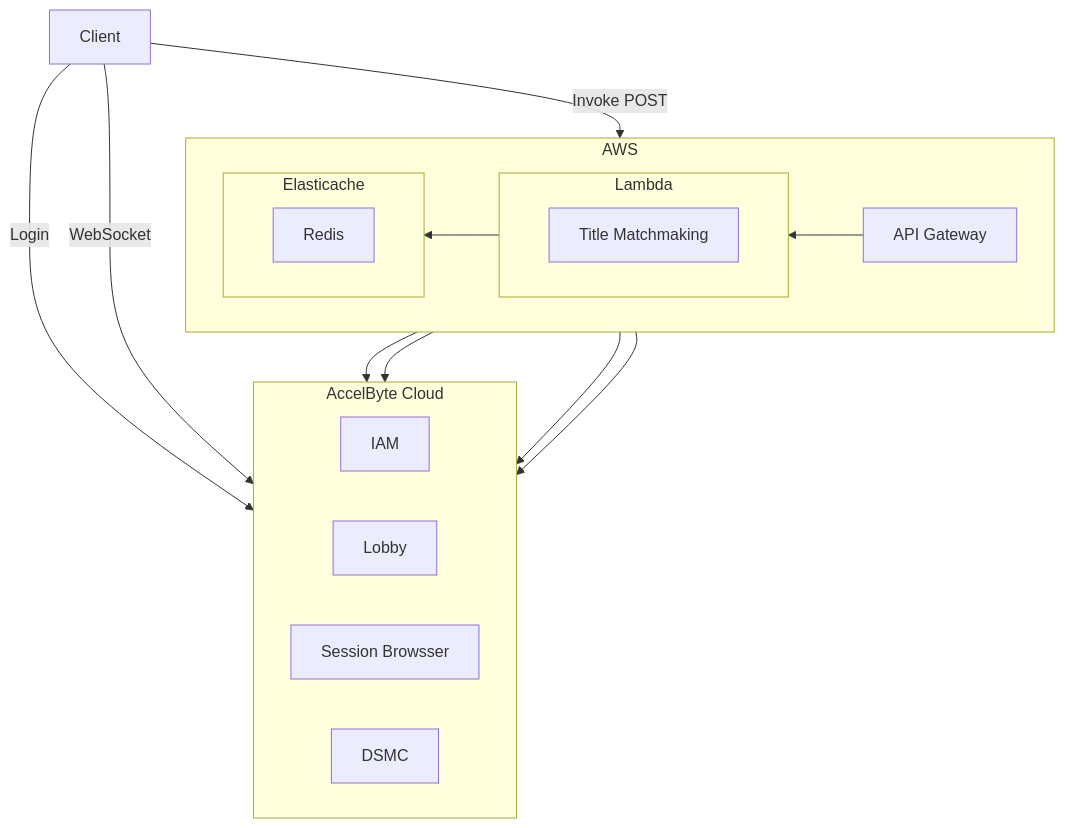
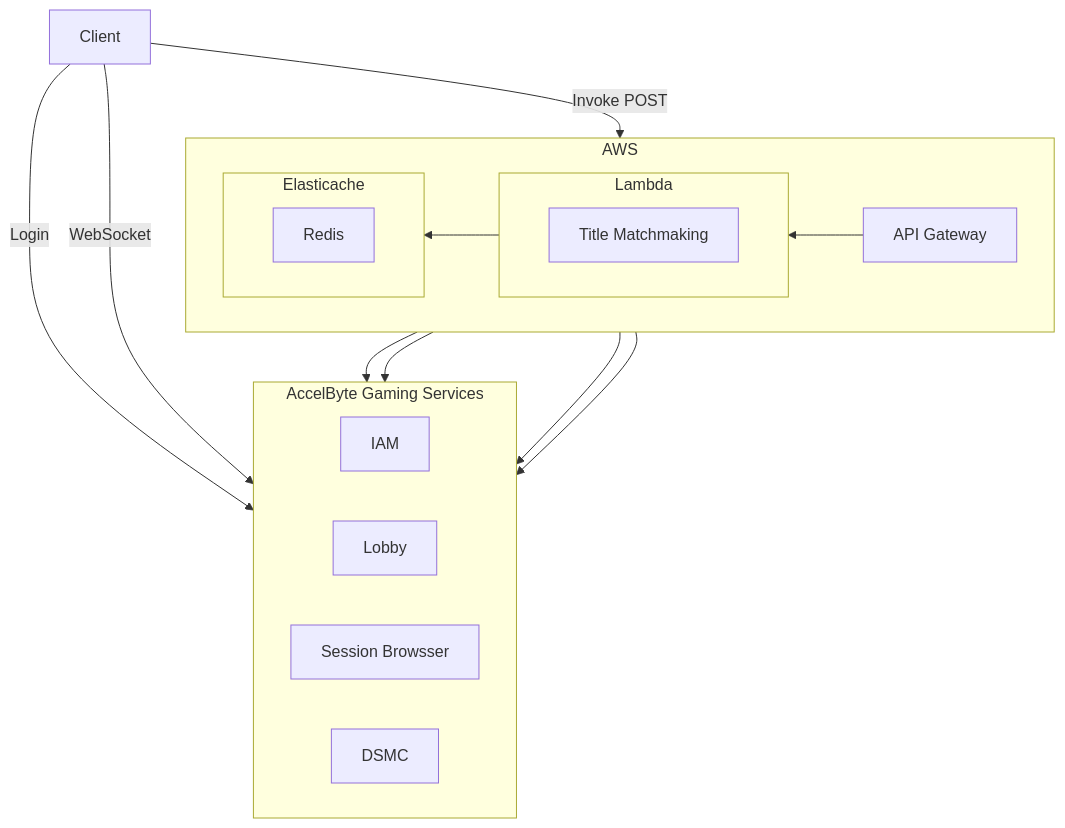
Before and after one commit to AccelByte/accelbyte-csharp-sdk: the fourth of 4 diagrams in docs/samples/title-matchmaking.md, drawn with Mermaid. The commit also changed other lines of this file and 19 other files, not shown here.

````diff
--- a/docs/samples/title-matchmaking.md
+++ b/docs/samples/title-matchmaking.md
@@ -172,32 +172,32 @@
 ```mermaid
 graph TB
 	C[Client]
 	subgraph AWS
 		direction RL
 		G[API Gateway]
 		subgraph L[Lambda]
 			direction RL
 			M[Title Matchmaking]
 		end
 		subgraph E[Elasticache]
 			direction RL
 			R[Redis]
 		end
 	end
-	subgraph ABC[AccelByte Cloud]
+	subgraph ABC[AccelByte Gaming Services]
 		direction RL
 		S1[IAM]
 		S2[Lobby]
 		S3[Session Browsser]
 		S4[DSMC]
 	end
 	M --> S1
 	M --> S2
 	M --> S3
 	M --> S4
 	G --> M
 	M --> R
 	C -->|Invoke POST| G
 	C -->|Login| S1
 	C -->|WebSocket| S2
 ```
````
